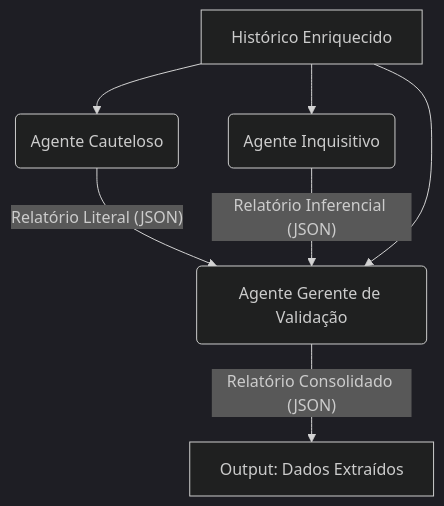
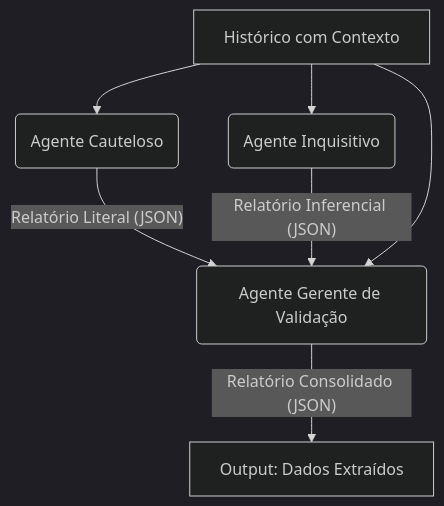
One commit to MrSchrodingers/vigia changed the second of 3 diagrams in README.md. Above: the diagram before and after it, drawn with Mermaid (dark theme). The commit also changed other lines of this file, not shown here.

````diff
--- a/README.md
+++ b/README.md
@@ -96,9 +100,9 @@
     ```mermaid
     graph TD
-        A[Histórico Enriquecido] --> B(Agente Cauteloso);
+        A[Histórico com Contexto] --> B(Agente Cauteloso);
         A --> C(Agente Inquisitivo);
         B -- Relatório Literal (JSON) --> D(Agente Gerente de Validação);
         C -- Relatório Inferencial (JSON) --> D;
         A --> D;
         D -- Relatório Consolidado (JSON) --> F[Output: Dados Extraídos];
     ```
````
